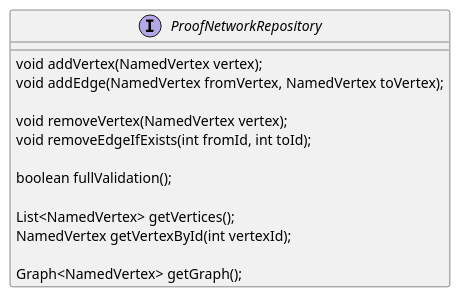
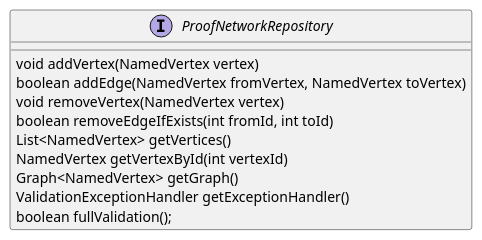
The diagram in uml/srp_negative.puml (keksklauer4/MatLearn), drawn with PlantUML before and after one commit. The commit also changed 18 other files, not shown here.

Commit message:
Added uml

```diff
--- a/uml/srp_negative.puml
+++ b/uml/srp_negative.puml
@@ -2,17 +2,15 @@
 @startuml
+
 interface ProofNetworkRepository {
+     void addVertex(NamedVertex vertex)
+     boolean addEdge(NamedVertex fromVertex, NamedVertex toVertex)
+     void removeVertex(NamedVertex vertex)
+     boolean removeEdgeIfExists(int fromId, int toId)
+     List<NamedVertex> getVertices()
+     NamedVertex getVertexById(int vertexId)
+     Graph<NamedVertex> getGraph()
+     ValidationExceptionHandler getExceptionHandler()
+     boolean fullValidation();
+}
 
-    void addVertex(NamedVertex vertex);
-    void addEdge(NamedVertex fromVertex, NamedVertex toVertex);
-
-    void removeVertex(NamedVertex vertex);
-    void removeEdgeIfExists(int fromId, int toId);
-
-    boolean fullValidation();
-
-    List<NamedVertex> getVertices();
-    NamedVertex getVertexById(int vertexId);
-
-    Graph<NamedVertex> getGraph();
-}
 @enduml
```
